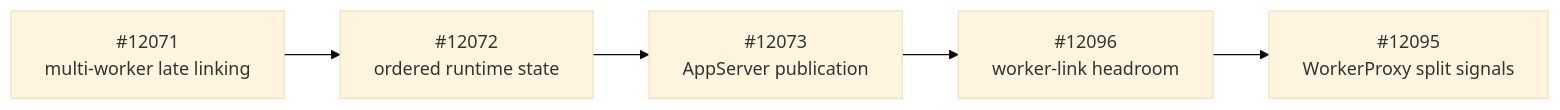
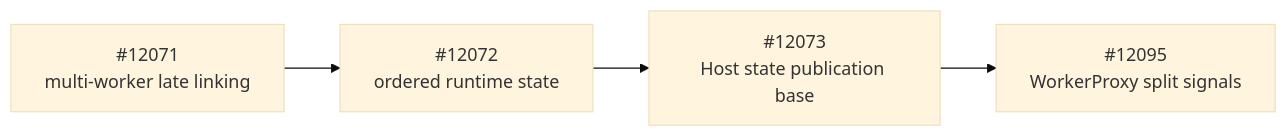
One commit to Azure/azure-functions-host changed the first of 4 diagrams in tools/ComputeSeparation/BYOCSplitWorkerSignals.md. Above: the diagram before and after it, drawn with Mermaid (base theme). The commit also changed other lines of this file, not shown here.

First line of the commit message:
Detach WorkerProxy signals from link headroom

````diff
--- a/tools/ComputeSeparation/BYOCSplitWorkerSignals.md
+++ b/tools/ComputeSeparation/BYOCSplitWorkerSignals.md
@@ -9,10 +10,9 @@
 ```mermaid
 flowchart LR
     PR12071["#12071<br/>multi-worker late linking"]
     PR12072["#12072<br/>ordered runtime state"]
-    PR12073["#12073<br/>AppServer publication"]
-    PR12096["#12096<br/>worker-link headroom"]
+    PR12073["#12073<br/>Host state publication base"]
     PR12095["#12095<br/>WorkerProxy split signals"]
 
-    PR12071 --> PR12072 --> PR12073 --> PR12096 --> PR12095
+    PR12071 --> PR12072 --> PR12073 --> PR12095
 ```
````
